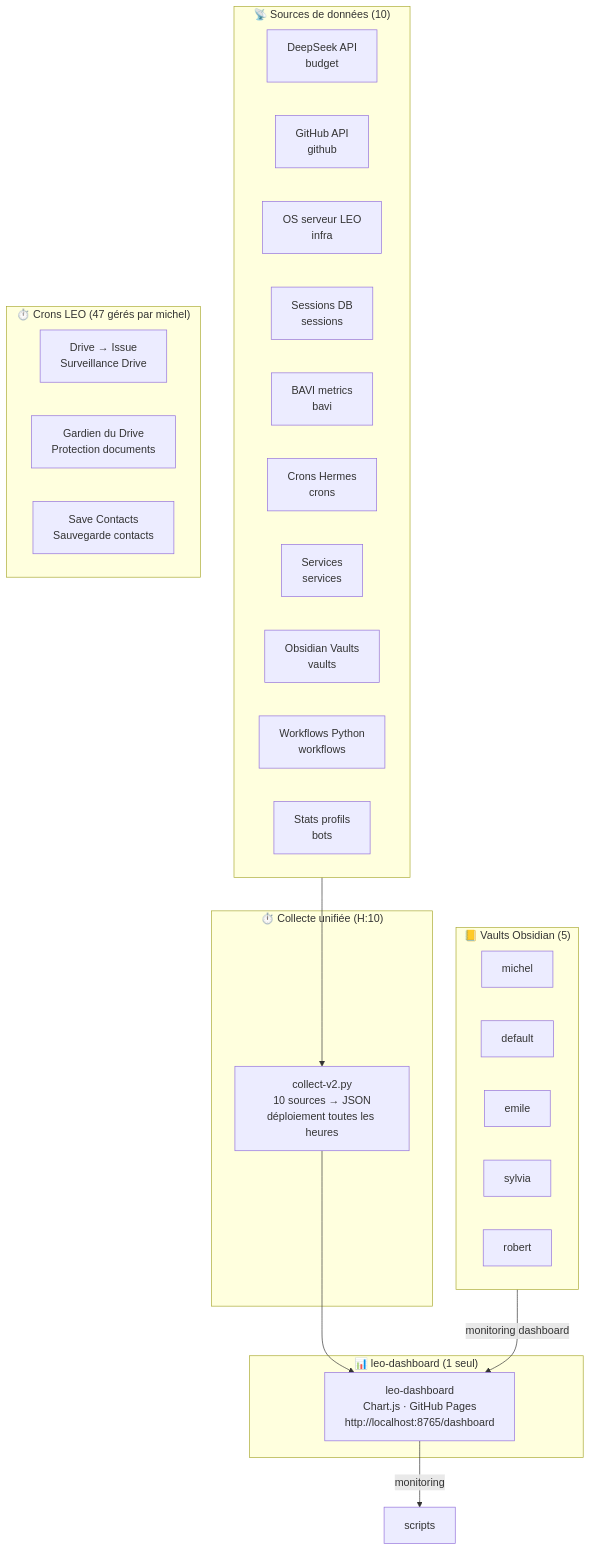
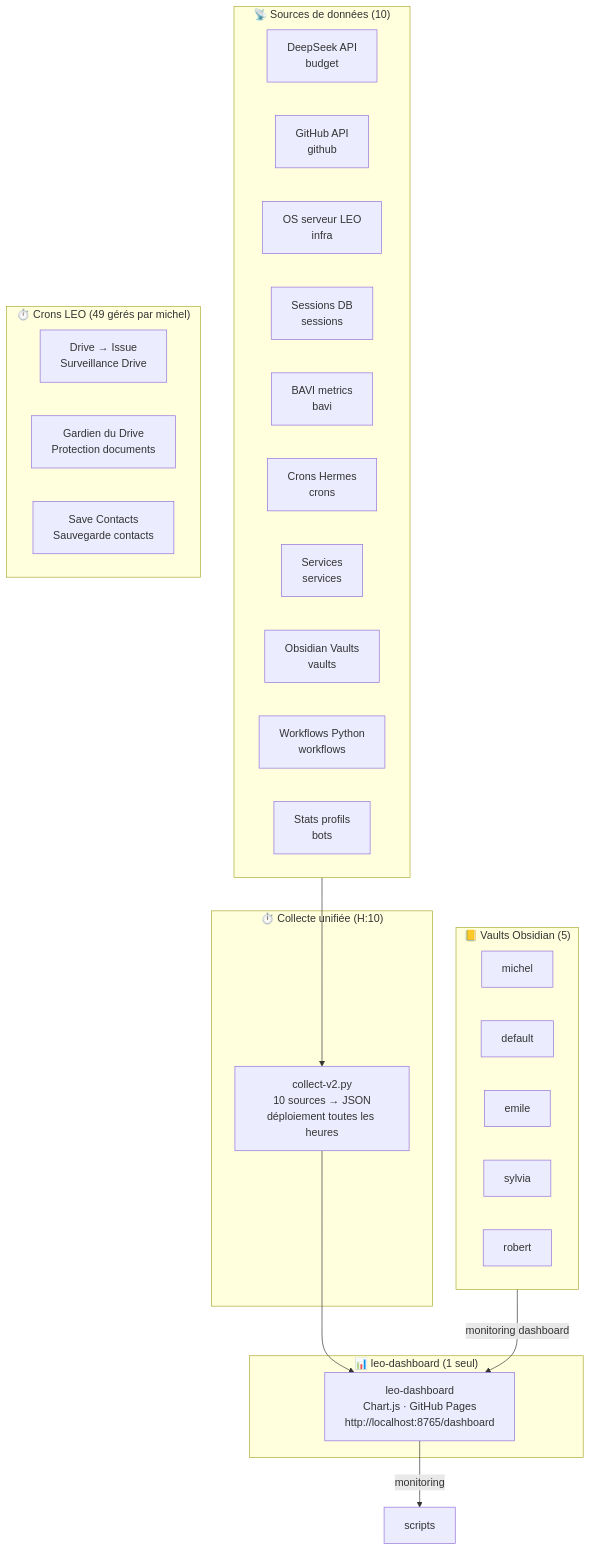
One commit to christophedanhier-hash/hermes-wiki changed the diagram in docs/hermes/utilisation/architecture-leo.md. Above: the diagram before and after it, drawn with Mermaid. The commit also changed other lines of this file and 7 other files, not shown here.

````diff
--- a/docs/hermes/utilisation/architecture-leo.md
+++ b/docs/hermes/utilisation/architecture-leo.md
@@ -35,42 +35,42 @@
 ```mermaid
 flowchart TB
     subgraph Sources["📡 Sources de données (10)"]
         DS["DeepSeek API<br/>budget"]
         GH_API["GitHub API<br/>github"]
         OS["OS serveur LEO<br/>infra"]
         SESS["Sessions DB<br/>sessions"]
         BAVI_M["BAVI metrics<br/>bavi"]
         CRONS_M["Crons Hermes<br/>crons"]
         SVCS["Services<br/>services"]
         VAULTS["Obsidian Vaults<br/>vaults"]
         WKFL["Workflows Python<br/>workflows"]
         BOTS["Stats profils<br/>bots"]
     end
 
     subgraph Collecte["⏱️ Collecte unifiée (H:10)"]
         COLLECT["collect-v2.py<br/>10 sources → JSON<br/>déploiement toutes les heures"]
     end
 
     subgraph Dashboard["📊 leo-dashboard (1 seul)"]
         DASH["leo-dashboard<br/>Chart.js · GitHub Pages<br/>http://localhost:8765/dashboard"]
     end
 
-    subgraph crons["⏱️ Crons LEO (47 gérés par michel)"]
+    subgraph crons["⏱️ Crons LEO (49 gérés par michel)"]
         DRIVE_ISSUE["Drive → Issue<br/>Surveillance Drive"]
         GARDIEN["Gardien du Drive<br/>Protection documents"]
         SAVE_CONTACTS["Save Contacts<br/>Sauvegarde contacts"]
     end
 
     subgraph Vaults["📒 Vaults Obsidian (5)"]
         MICHEL_VAULT["michel"]
         DEFAULT_VAULT["default"]
         EMILE_VAULT["emile"]
         SYLVIA_VAULT["sylvia"]
         ROBERT_VAULT["robert"]
     end
 
     Sources --> COLLECT
     COLLECT --> DASH
     DASH -->|monitoring| scripts
     Vaults -->|monitoring dashboard| DASH
 ```
````
